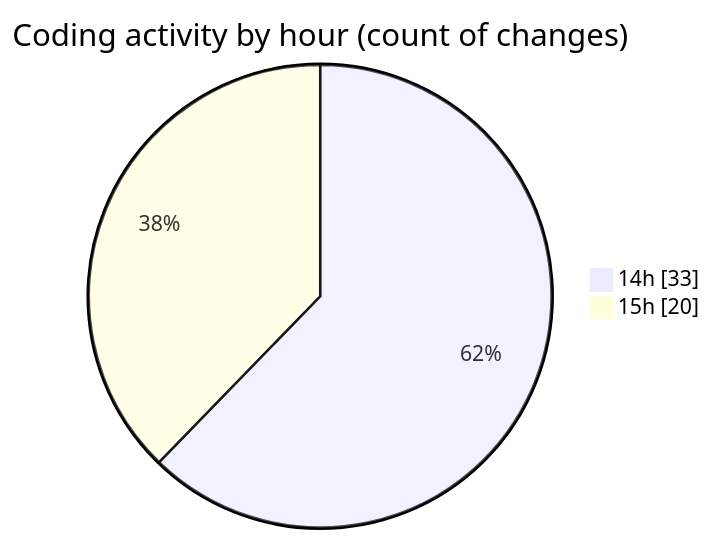
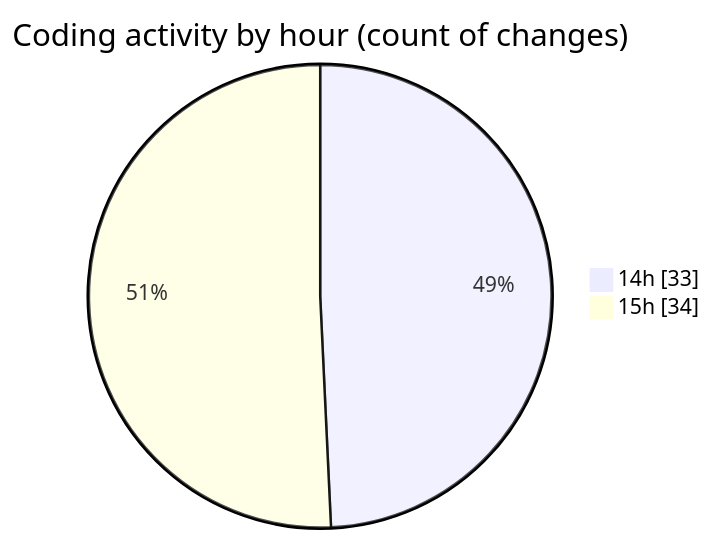
Before and after one commit to NitaiMahat/code-tracking: the second of 2 diagrams in 2025-02-07/recipe-page-main/README.md, drawn with Mermaid. The commit also changed other lines of this file and 1 other file, not shown here.

````diff
--- a/2025-02-07/recipe-page-main/README.md
+++ b/2025-02-07/recipe-page-main/README.md
@@ -30,6 +30,6 @@
 ```mermaid
 pie showData
 title Coding activity by hour (count of changes)
 "14h" : 33
-"15h" : 20
+"15h" : 34
 ```
````
